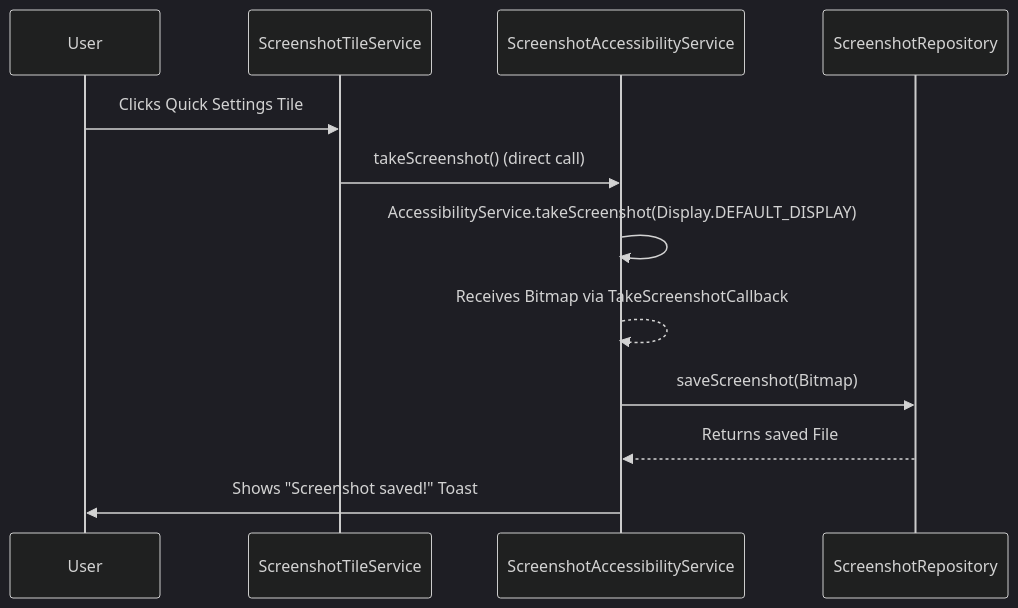
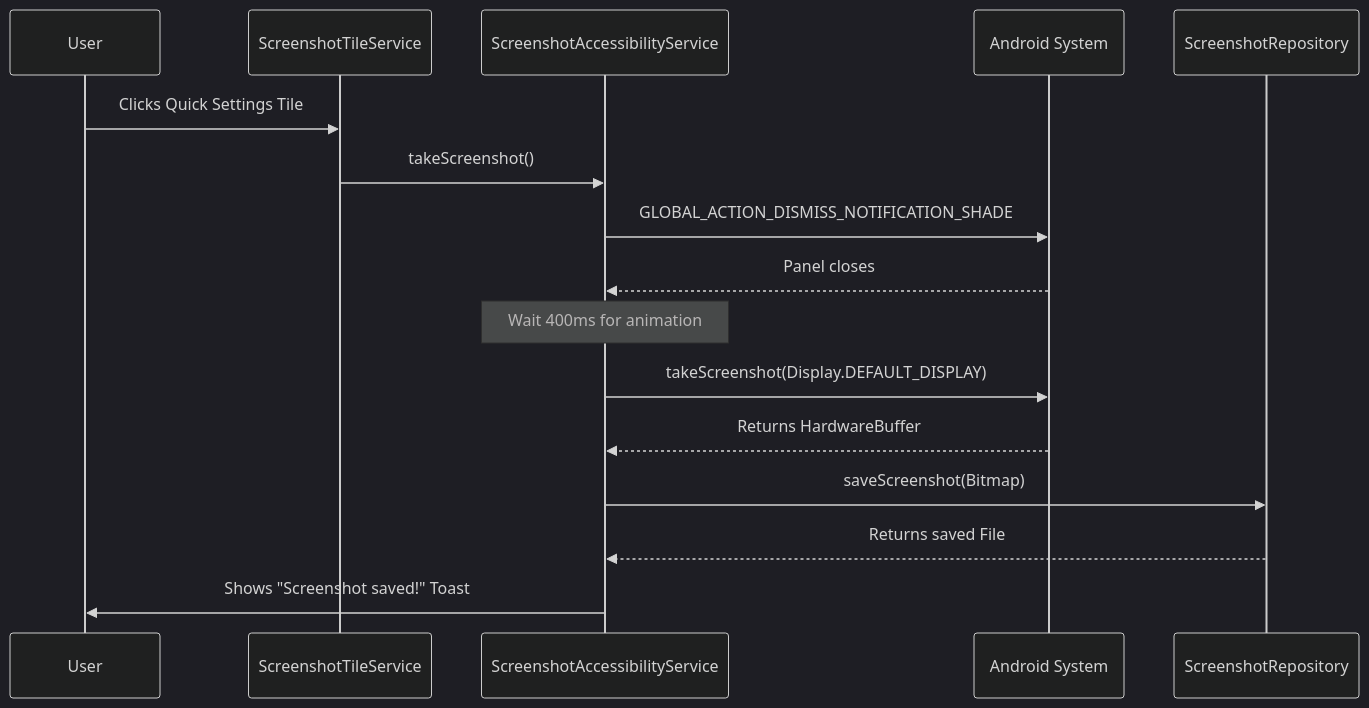
One commit to BFCmath/snapshort changed the diagram in docs/architecture.md. Above: the diagram before and after it, drawn with Mermaid (dark theme). The commit also changed other lines of this file and 3 other files, not shown here.

````diff
--- a/docs/architecture.md
+++ b/docs/architecture.md
@@ -13,15 +13,19 @@
 ```mermaid
 sequenceDiagram
     participant User
     participant Tile as ScreenshotTileService
     participant Acc as ScreenshotAccessibilityService
+    participant System as Android System
     participant Repo as ScreenshotRepository
 
     User->>Tile: Clicks Quick Settings Tile
-    Tile->>Acc: takeScreenshot() (direct call)
-    Acc->>Acc: AccessibilityService.takeScreenshot(Display.DEFAULT_DISPLAY)
-    Acc-->>Acc: Receives Bitmap via TakeScreenshotCallback
+    Tile->>Acc: takeScreenshot()
+    Acc->>System: GLOBAL_ACTION_DISMISS_NOTIFICATION_SHADE
+    System-->>Acc: Panel closes
+    Note over Acc: Wait 400ms for animation
+    Acc->>System: takeScreenshot(Display.DEFAULT_DISPLAY)
+    System-->>Acc: Returns HardwareBuffer
     Acc->>Repo: saveScreenshot(Bitmap)
     Repo-->>Acc: Returns saved File
     Acc->>User: Shows "Screenshot saved!" Toast
 ```
````
